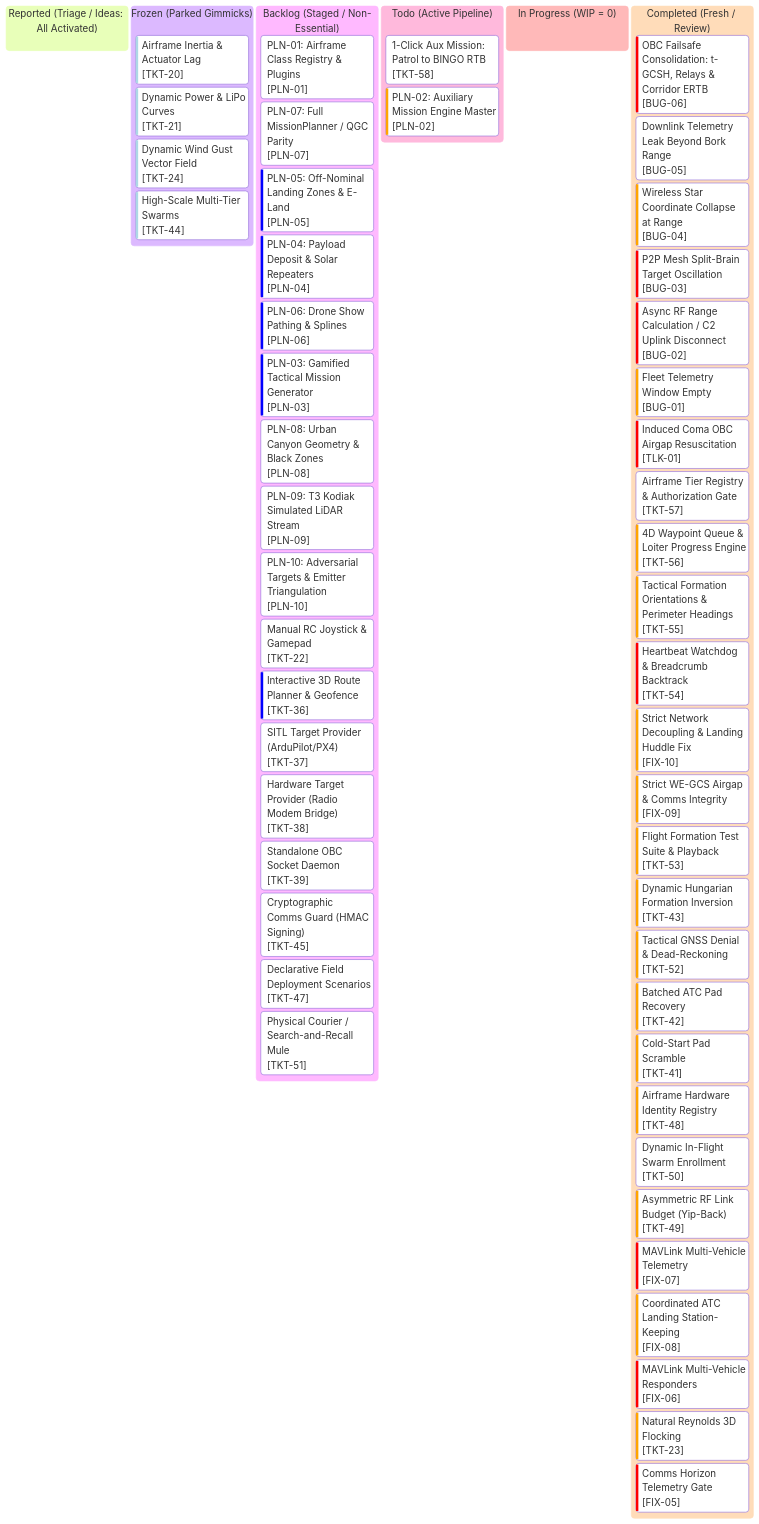
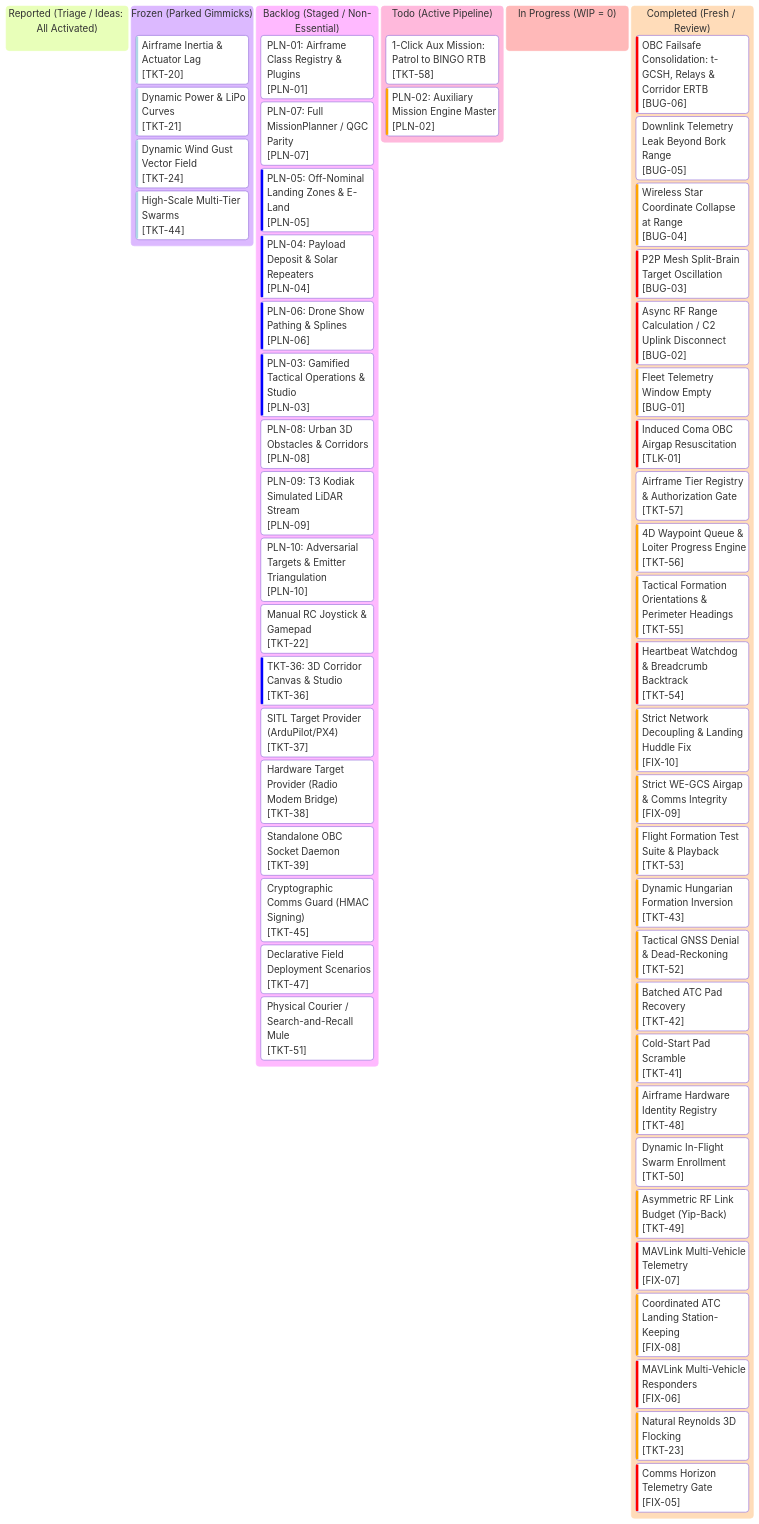
The diagram in roadmap/kanban.md (AlitheiaDeus/AlitheiaHive), drawn with Mermaid before and after one commit. The commit also changed other lines of this file and 5 other files, not shown here.

Commit message:
docs(roadmap): lock Phase 3 mapspace and corridor planner specs, add interactive demo

````diff
--- a/roadmap/kanban.md
+++ b/roadmap/kanban.md
@@ -10,78 +10,78 @@
 ```mermaid
 %%{init: {
   'theme': 'base',
   'themeVariables': {
     'primaryColor': '#0d2235',
     'primaryTextColor': '#d4f4ff',
     'primaryBorderColor': '#00f0ff',
     'lineColor': '#00f0ff',
     'background': '#061019',
     'mainBkg': '#0a1926',
     'secondaryColor': '#081420',
     'secondaryTextColor': '#5a7e96',
     'secondaryBorderColor': '#134e6f',
     'tertiaryColor': '#0e263d',
     'tertiaryTextColor': '#00ffaa',
     'tertiaryBorderColor': '#00ffaa',
     'clusterBkg': '#081420',
     'clusterBorder': '#134e6f',
     'fontFamily': "'JetBrains Mono', 'Courier New', monospace"
   }
 }}%%
 kanban
   reported["Reported (Triage / Ideas: All Activated)"]
   frozen["Frozen (Parked Gimmicks)"]
     tkt20["Airframe Inertia & Actuator Lag"]@{ ticket: '[TKT-20]', priority: 'Very Low' }
     tkt21["Dynamic Power & LiPo Curves"]@{ ticket: '[TKT-21]', priority: 'Very Low' }
     tkt24["Dynamic Wind Gust Vector Field"]@{ ticket: '[TKT-24]', priority: 'Very Low' }
     tkt44["High-Scale Multi-Tier Swarms"]@{ ticket: '[TKT-44]', priority: 'Very Low' }
   backlog["Backlog (Staged / Non-Essential)"]
     pln01["PLN-01: Airframe Class Registry & Plugins"]@{ ticket: '[PLN-01]', priority: 'Medium' }
     pln07["PLN-07: Full MissionPlanner / QGC Parity"]@{ ticket: '[PLN-07]', priority: 'Medium' }
     pln05["PLN-05: Off-Nominal Landing Zones & E-Land"]@{ ticket: '[PLN-05]', priority: 'Low' }
     pln04["PLN-04: Payload Deposit & Solar Repeaters"]@{ ticket: '[PLN-04]', priority: 'Low' }
     pln06["PLN-06: Drone Show Pathing & Splines"]@{ ticket: '[PLN-06]', priority: 'Low' }
-    pln03["PLN-03: Gamified Tactical Mission Generator"]@{ ticket: '[PLN-03]', priority: 'Low' }
-    pln08["PLN-08: Urban Canyon Geometry & Black Zones"]@{ ticket: '[PLN-08]', priority: 'Medium' }
+    pln03["PLN-03: Gamified Tactical Operations & Studio"]@{ ticket: '[PLN-03]', priority: 'Low' }
+    pln08["PLN-08: Urban 3D Obstacles & Corridors"]@{ ticket: '[PLN-08]', priority: 'Medium' }
     pln09["PLN-09: T3 Kodiak Simulated LiDAR Stream"]@{ ticket: '[PLN-09]', priority: 'Medium' }
     pln10["PLN-10: Adversarial Targets & Emitter Triangulation"]@{ ticket: '[PLN-10]', priority: 'Medium' }
     tkt22["Manual RC Joystick & Gamepad"]@{ ticket: '[TKT-22]', priority: 'Medium' }
-    tkt36["Interactive 3D Route Planner & Geofence"]@{ ticket: '[TKT-36]', priority: 'Low' }
+    tkt36["TKT-36: 3D Corridor Canvas & Studio"]@{ ticket: '[TKT-36]', priority: 'Low' }
     tkt37["SITL Target Provider (ArduPilot/PX4)"]@{ ticket: '[TKT-37]', priority: 'Medium' }
     tkt38["Hardware Target Provider (Radio Modem Bridge)"]@{ ticket: '[TKT-38]', priority: 'Medium' }
     tkt39["Standalone OBC Socket Daemon"]@{ ticket: '[TKT-39]', priority: 'Medium' }
     tkt45["Cryptographic Comms Guard (HMAC Signing)"]@{ ticket: '[TKT-45]', priority: 'Medium' }
     tkt47["Declarative Field Deployment Scenarios"]@{ ticket: '[TKT-47]', priority: 'Medium' }
     tkt51["Physical Courier / Search-and-Recall Mule"]@{ ticket: '[TKT-51]', priority: 'Medium' }
   todo["Todo (Active Pipeline)"]
     tkt58["1-Click Aux Mission: Patrol to BINGO RTB"]@{ ticket: '[TKT-58]', priority: 'Medium' }
     pln02["PLN-02: Auxiliary Mission Engine Master"]@{ ticket: '[PLN-02]', priority: 'High' }
   in_progress["In Progress (WIP = 0)"]
   completed["Completed (Fresh / Review)"]
     bug06["OBC Failsafe Consolidation: t-GCSH, Relays & Corridor ERTB"]@{ ticket: '[BUG-06]', priority: 'Very High' }
     bug05["Downlink Telemetry Leak Beyond Bork Range"]@{ ticket: '[BUG-05]', priority: 'Medium' }
     bug04["Wireless Star Coordinate Collapse at Range"]@{ ticket: '[BUG-04]', priority: 'High' }
     bug03["P2P Mesh Split-Brain Target Oscillation"]@{ ticket: '[BUG-03]', priority: 'Very High' }
     bug02["Async RF Range Calculation / C2 Uplink Disconnect"]@{ ticket: '[BUG-02]', priority: 'Very High' }
     bug01["Fleet Telemetry Window Empty"]@{ ticket: '[BUG-01]', priority: 'High' }
     tlk01["Induced Coma OBC Airgap Resuscitation"]@{ ticket: '[TLK-01]', priority: 'Very High' }
     tkt57["Airframe Tier Registry & Authorization Gate"]@{ ticket: '[TKT-57]', priority: 'Medium' }
     tkt56["4D Waypoint Queue & Loiter Progress Engine"]@{ ticket: '[TKT-56]', priority: 'High' }
     tkt55["Tactical Formation Orientations & Perimeter Headings"]@{ ticket: '[TKT-55]', priority: 'High' }
     tkt54["Heartbeat Watchdog & Breadcrumb Backtrack"]@{ ticket: '[TKT-54]', priority: 'Very High' }
     fix10["Strict Network Decoupling & Landing Huddle Fix"]@{ ticket: '[FIX-10]', priority: 'High' }
     fix09["Strict WE-GCS Airgap & Comms Integrity"]@{ ticket: '[FIX-09]', priority: 'High' }
     tkt53["Flight Formation Test Suite & Playback"]@{ ticket: '[TKT-53]', priority: 'High' }
     tkt43["Dynamic Hungarian Formation Inversion"]@{ ticket: '[TKT-43]', priority: 'High' }
     tkt52["Tactical GNSS Denial & Dead-Reckoning"]@{ ticket: '[TKT-52]', priority: 'High' }
     tkt42["Batched ATC Pad Recovery"]@{ ticket: '[TKT-42]', priority: 'High' }
     tkt41["Cold-Start Pad Scramble"]@{ ticket: '[TKT-41]', priority: 'High' }
     tkt48["Airframe Hardware Identity Registry"]@{ ticket: '[TKT-48]', priority: 'High' }
     tkt50["Dynamic In-Flight Swarm Enrollment"]@{ ticket: '[TKT-50]', priority: 'Medium' }
     tkt49["Asymmetric RF Link Budget (Yip-Back)"]@{ ticket: '[TKT-49]', priority: 'High' }
     fix07["MAVLink Multi-Vehicle Telemetry"]@{ ticket: '[FIX-07]', priority: 'Very High' }
     fix08["Coordinated ATC Landing Station-Keeping"]@{ ticket: '[FIX-08]', priority: 'High' }
     fix06["MAVLink Multi-Vehicle Responders"]@{ ticket: '[FIX-06]', priority: 'Very High' }
     tkt23["Natural Reynolds 3D Flocking"]@{ ticket: '[TKT-23]', priority: 'High' }
     fix05["Comms Horizon Telemetry Gate"]@{ ticket: '[FIX-05]', priority: 'Very High' }
 ```
````
